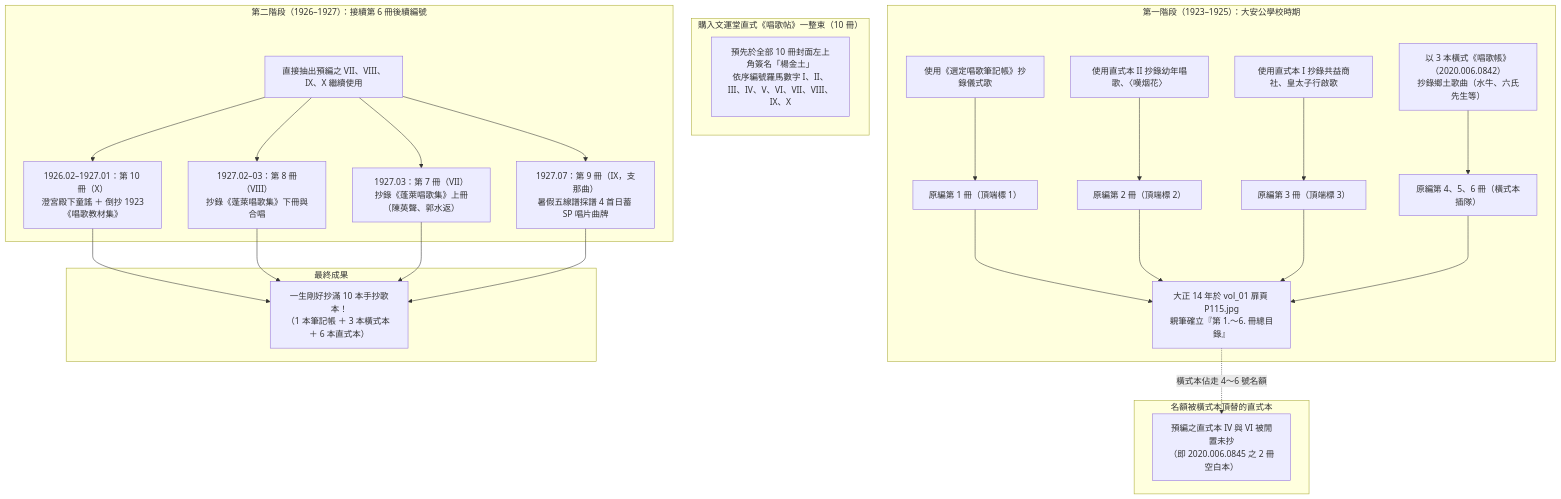
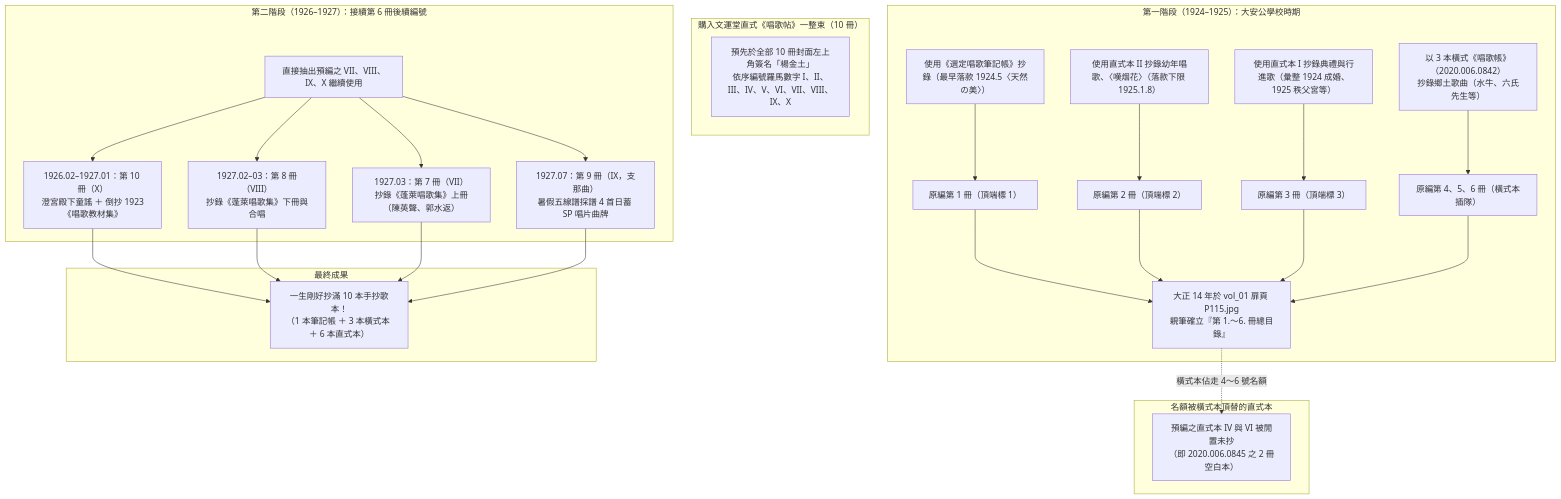
One commit to TMDLang/reshoka changed the diagram in docs/shokacho/timeline.md. Above: the diagram before and after it, drawn with Mermaid. The commit also changed other lines of this file and 562 other files, not shown here.

````diff
--- a/docs/shokacho/timeline.md
+++ b/docs/shokacho/timeline.md
@@ -22,32 +45,32 @@
 ```mermaid
 flowchart TD
     subgraph Bundle["購入文運堂直式《唱歌帖》一整束（10 冊）"]
         B_All["預先於全部 10 冊封面左上角簽名「楊金土」<br/>依序編號羅馬數字 I、II、III、IV、V、VI、VII、VIII、IX、X"]
     end
 
-    subgraph Phase1["第一階段（1923–1925）：大安公學校時期"]
-        T1["使用直式本 II 抄錄幼年唱歌、〈嘆烟花〉"] --> V2["原編第 2 冊（頂端標 2）"]
-        T2["使用直式本 I 抄錄共益商社、皇太子行啟歌"] --> V3["原編第 3 冊（頂端標 3）"]
-        T3["使用《選定唱歌筆記帳》抄錄儀式歌"] --> V1["原編第 1 冊（頂端標 1）"]
+    subgraph Phase1["第一階段（1924–1925）：大安公學校時期"]
+        T3["使用《選定唱歌筆記帳》抄錄（最早落款 1924.5〈天然の美〉）"] --> V1["原編第 1 冊（頂端標 1）"]
+        T1["使用直式本 II 抄錄幼年唱歌、〈嘆烟花〉（落款下限 1925.1.8）"] --> V2["原編第 2 冊（頂端標 2）"]
+        T2["使用直式本 I 抄錄典禮與行進歌（彙整 1924 成婚、1925 秩父宮等）"] --> V3["原編第 3 冊（頂端標 3）"]
         T4["以 3 本橫式《唱歌帳》（2020.006.0842）<br/>抄錄鄉土歌曲（水牛、六氏先生等）"] --> V456["原編第 4、5、6 冊（橫式本插隊）"]
         V1 & V2 & V3 & V456 --> P115["大正 14 年於 vol_01 扉頁 P115.jpg<br/>親筆確立『第 1.～6. 冊總目錄』"]
     end
 
     subgraph Blank["名額被橫式本頂替的直式本"]
         P115 -. 橫式本佔走 4～6 號名額 .-> B_Unused["預編之直式本 IV 與 VI 被閒置未抄<br/>（即 2020.006.0845 之 2 冊空白本）"]
     end
 
     subgraph Phase2["第二階段（1926–1927）：接續第 6 冊後續編號"]
         B_Cont["直接抽出預編之 VII、VIII、IX、X 繼續使用"]
         B_Cont --> V10["1926.02–1927.01：第 10 冊（X）<br/>澄宮殿下童謠 ＋ 倒抄 1923《唱歌教材集》"]
         B_Cont --> V8["1927.02–03：第 8 冊（VIII）<br/>抄錄《蓬萊唱歌集》下冊與合唱"]
         B_Cont --> V7["1927.03：第 7 冊（VII）<br/>抄錄《蓬萊唱歌集》上冊（陳英聲、郭水返）"]
         B_Cont --> V9["1927.07：第 9 冊（IX，支那曲）<br/>暑假五線譜採譜 4 首日蓄 SP 唱片曲牌"]
     end
 
     subgraph Result["最終成果"]
         Final["一生剛好抄滿 10 本手抄歌本！<br/>（1 本筆記帳 ＋ 3 本橫式本 ＋ 6 本直式本）"]
     end
 
     V10 & V8 & V7 & V9 --> Final
 ```
````
